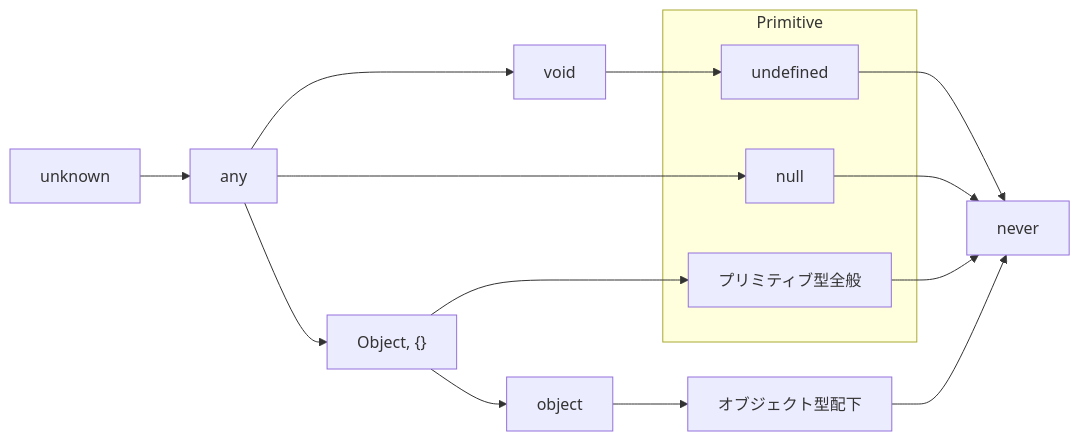
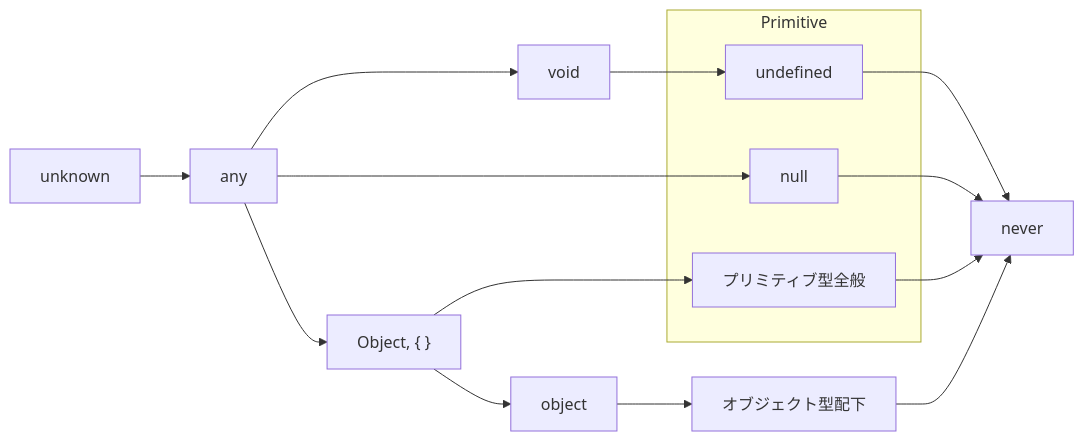
Before and after one commit to yo-goto/zenn-public-repo: the third of 3 diagrams in articles/typescript-type-set-hierarchy.md, drawn with Mermaid. The commit also changed other lines of this file, not shown here.

````diff
--- a/articles/typescript-type-set-hierarchy.md
+++ b/articles/typescript-type-set-hierarchy.md
@@ -290,20 +315,21 @@
 ```mermaid
 graph LR
   U[unknown]
   N[never]
   A[any]
-  O["Object, {}"]
+  V[void]
+  O["Object, { }"]
   obj[object]
   subgraph Primitive
     u[undefined]
     n[null]
     P[プリミティブ型全般]
   end
   objs[オブジェクト型配下]
   U --> A
-  A --> void --> u --> N
+  A --> V --> u --> N
   A --> n --> N
   A --> O --> P & obj
   P --> N
   obj --> objs --> N
 ```
````
